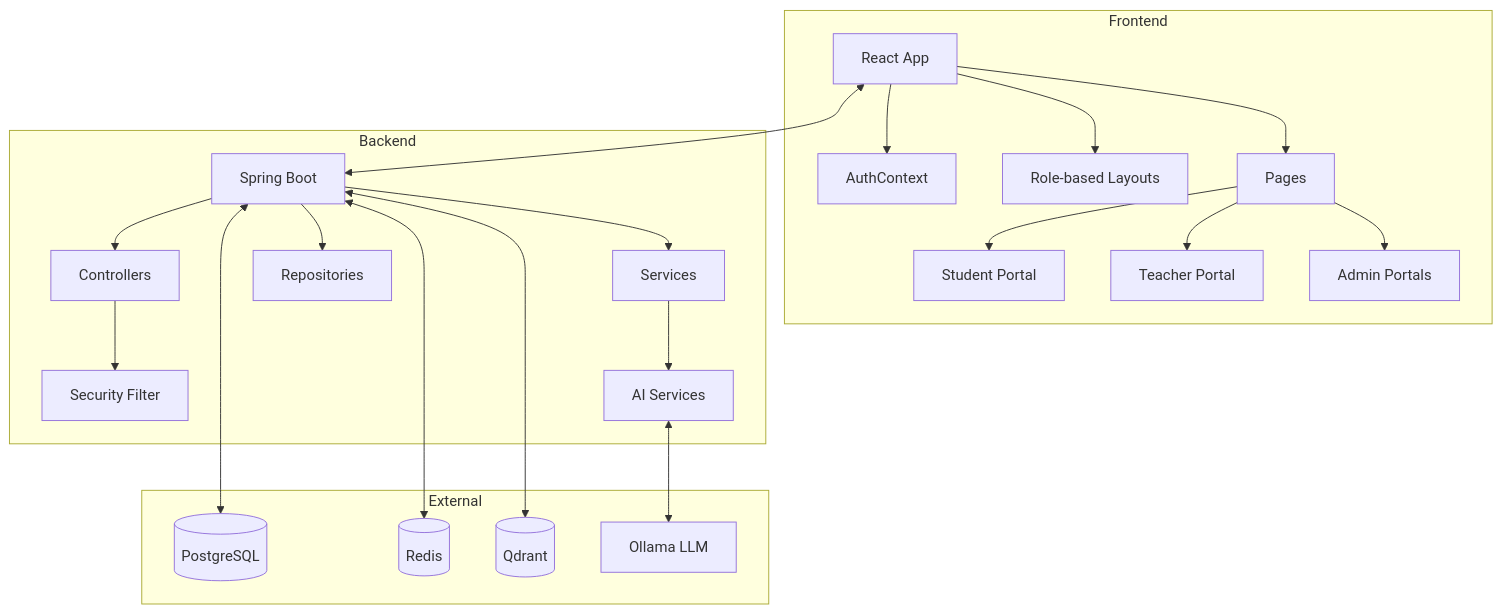
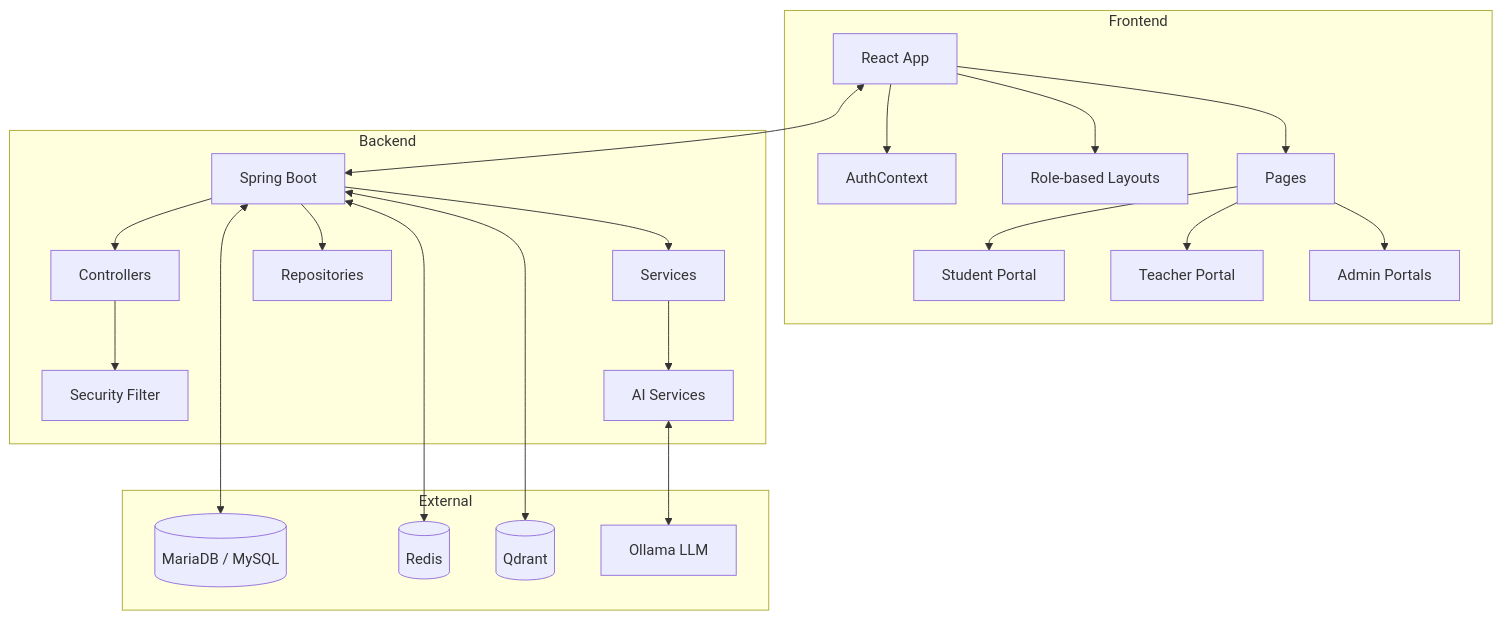
Before and after one commit to Dheerajdvn/AI-School-Management-System: the first of 4 diagrams in Architecture.md, drawn with Mermaid. The commit also changed 159 other files, not shown here.

````diff
--- a/Architecture.md
+++ b/Architecture.md
@@ -5,32 +5,32 @@
 ```mermaid
 graph TB
     subgraph Frontend
         A[React App] --> B[AuthContext]
         A --> C[Role-based Layouts]
         A --> D[Pages]
         D --> E[Student Portal]
         D --> F[Teacher Portal]
         D --> G[Admin Portals]
     end
 
     subgraph Backend
         H[Spring Boot] --> I[Controllers]
         H --> J[Services]
         H --> K[Repositories]
         I --> L[Security Filter]
         J --> M[AI Services]
     end
 
     subgraph External
-        N[(PostgreSQL)]
+        N[(MariaDB / MySQL)]
         O[(Redis)]
         P[(Qdrant)]
         Q[Ollama LLM]
     end
 
     A <--> H
     H <--> N
     H <--> O
     H <--> P
     M <--> Q
 ```
````
